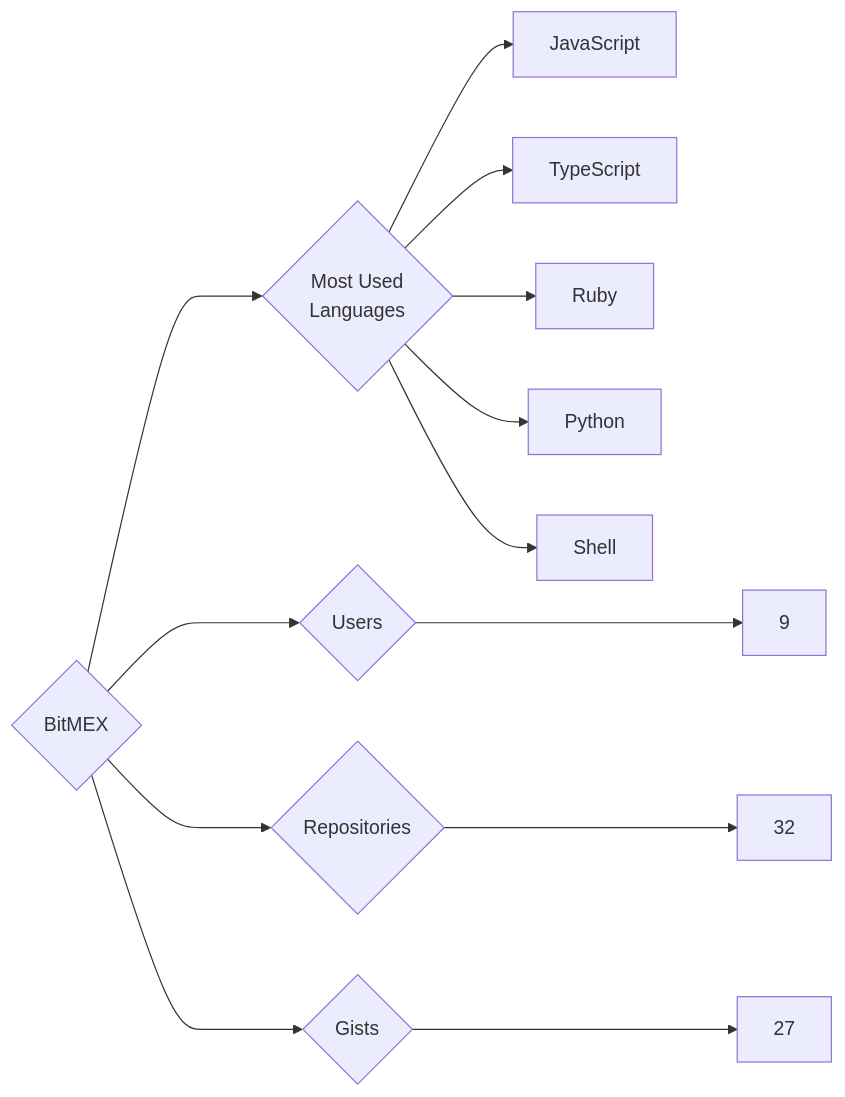
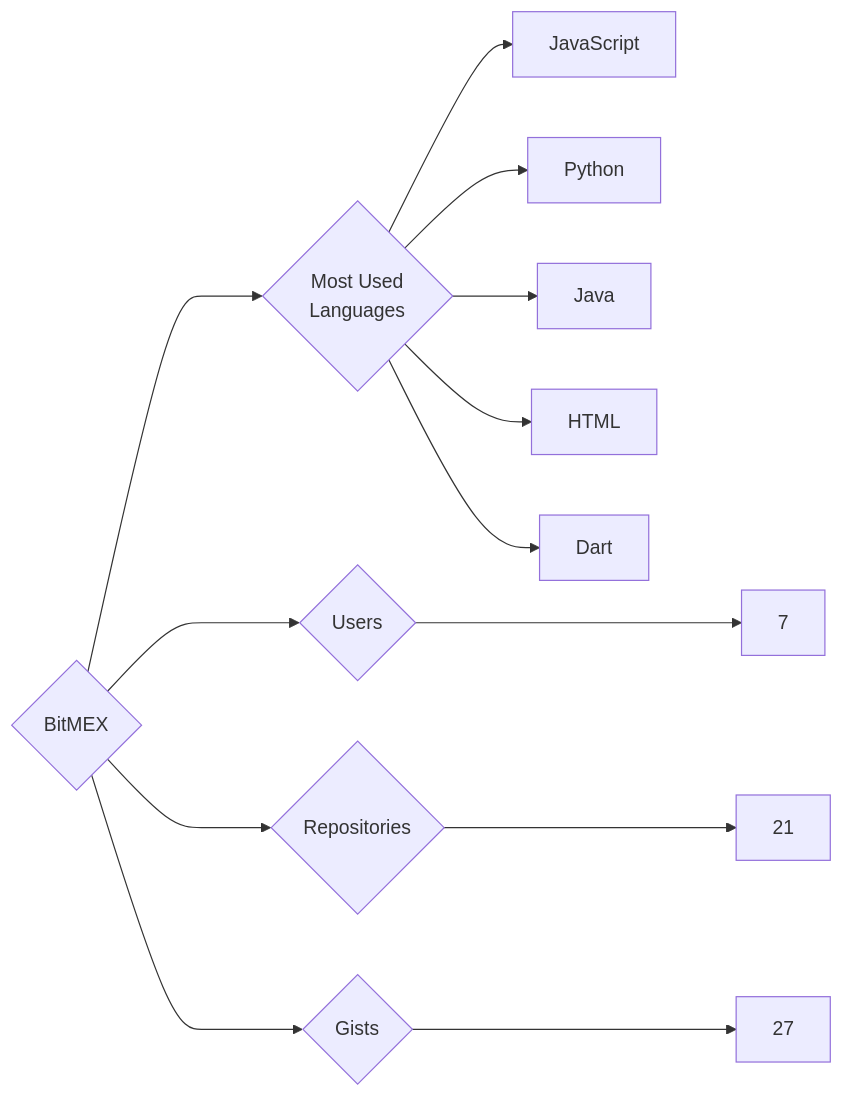
Before and after one commit to trickest/insiders: the diagram in targets/BitMEX/README.md, drawn with Mermaid. The commit also changed 1003 other files, not shown here.

````diff
--- a/targets/BitMEX/README.md
+++ b/targets/BitMEX/README.md
@@ -3,13 +3,13 @@
 ```mermaid
 graph LR
 COMPANY_NAME{BitMEX}
-COMPANY_NAME ---> U{Users} ---> UN[9]
-COMPANY_NAME ---> R{Repositories} ---> RN[32]
+COMPANY_NAME ---> U{Users} ---> UN[7]
+COMPANY_NAME ---> R{Repositories} ---> RN[21]
 COMPANY_NAME ---> G{Gists} ---> GN[27]
 COMPANY_NAME ---> ML{Most Used<br>Languages}
 ML --> JavaScript[JavaScript]
-ML --> TypeScript[TypeScript]
-ML --> Ruby[Ruby]
 ML --> Python[Python]
-ML --> Shell[Shell]
+ML --> Java[Java]
+ML --> HTML[HTML]
+ML --> Dart[Dart]
 ```
````
